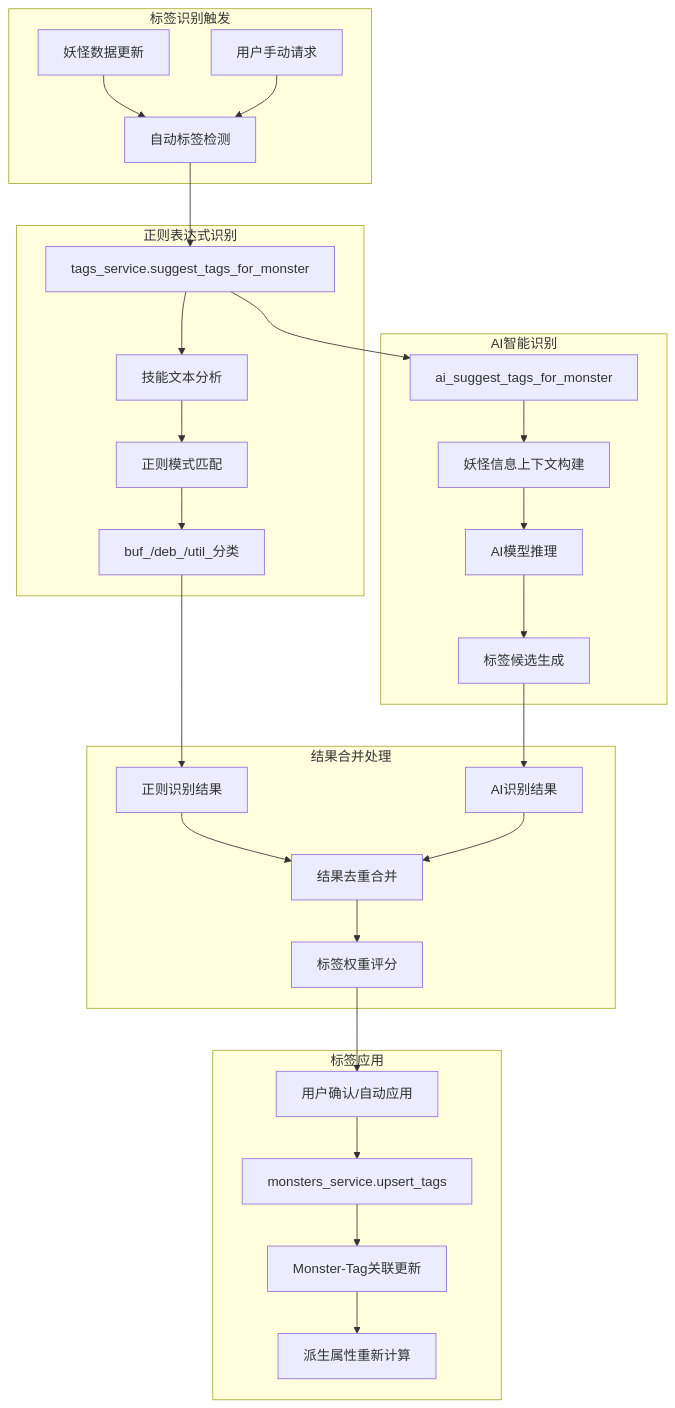
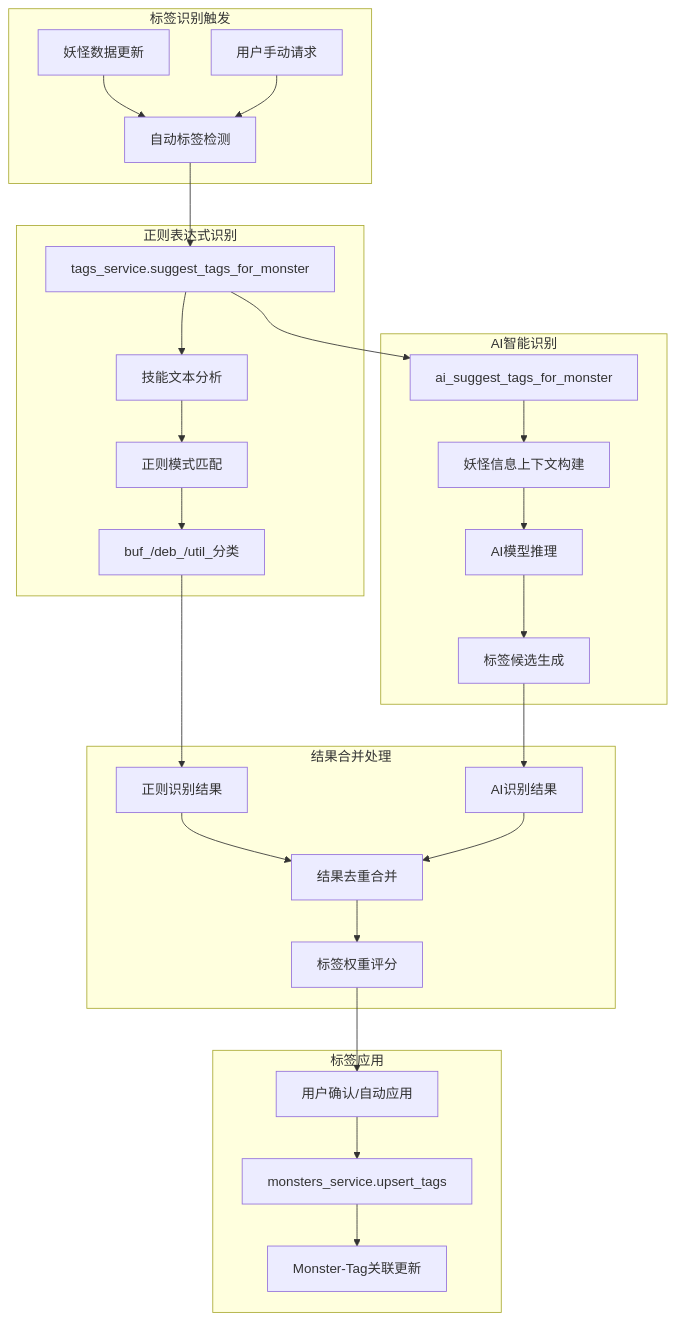
One commit to MGX-LJY/kbxy-monsters-pro changed the fifth of 15 diagrams in docs/architecture/data-flow.md. Above: the diagram before and after it, drawn with Mermaid. The commit also changed other lines of this file and 9 other files, not shown here.

````diff
--- a/docs/architecture/data-flow.md
+++ b/docs/architecture/data-flow.md
@@ -231,36 +226,36 @@
 ```mermaid
 graph TD
     subgraph "标签识别触发"
         A[妖怪数据更新] --> B[自动标签检测]
         A1[用户手动请求] --> B
     end
     
     subgraph "正则表达式识别"
         B --> C[tags_service.suggest_tags_for_monster]
         C --> D[技能文本分析]
         D --> E[正则模式匹配]
         E --> F[buf_/deb_/util_分类]
     end
     
     subgraph "AI智能识别"
         C --> G[ai_suggest_tags_for_monster]
         G --> H[妖怪信息上下文构建]
         H --> I[AI模型推理]
         I --> J[标签候选生成]
     end
     
     subgraph "结果合并处理"
         F --> K[正则识别结果]
         J --> L[AI识别结果]
         K --> M[结果去重合并]
         L --> M
         M --> N[标签权重评分]
     end
     
     subgraph "标签应用"
         N --> O[用户确认/自动应用]
         O --> P[monsters_service.upsert_tags]
         P --> Q[Monster-Tag关联更新]
-        Q --> R[派生属性重新计算]
+
     end
 ```
````
